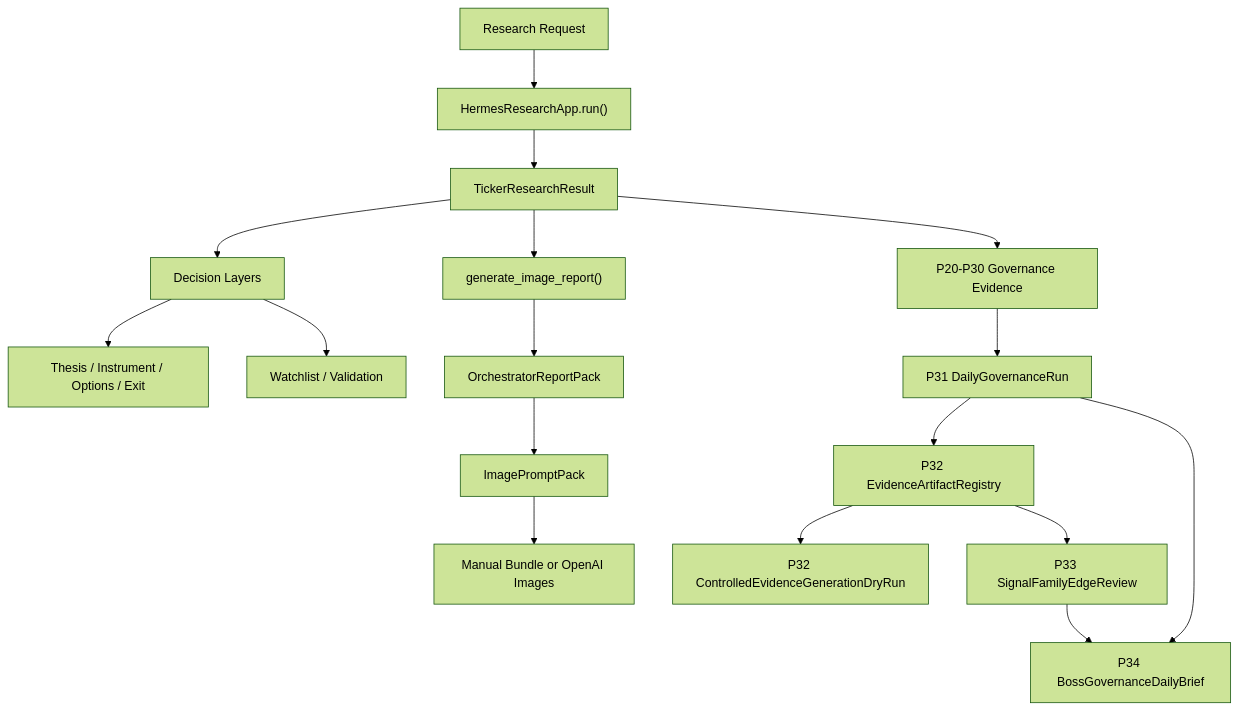
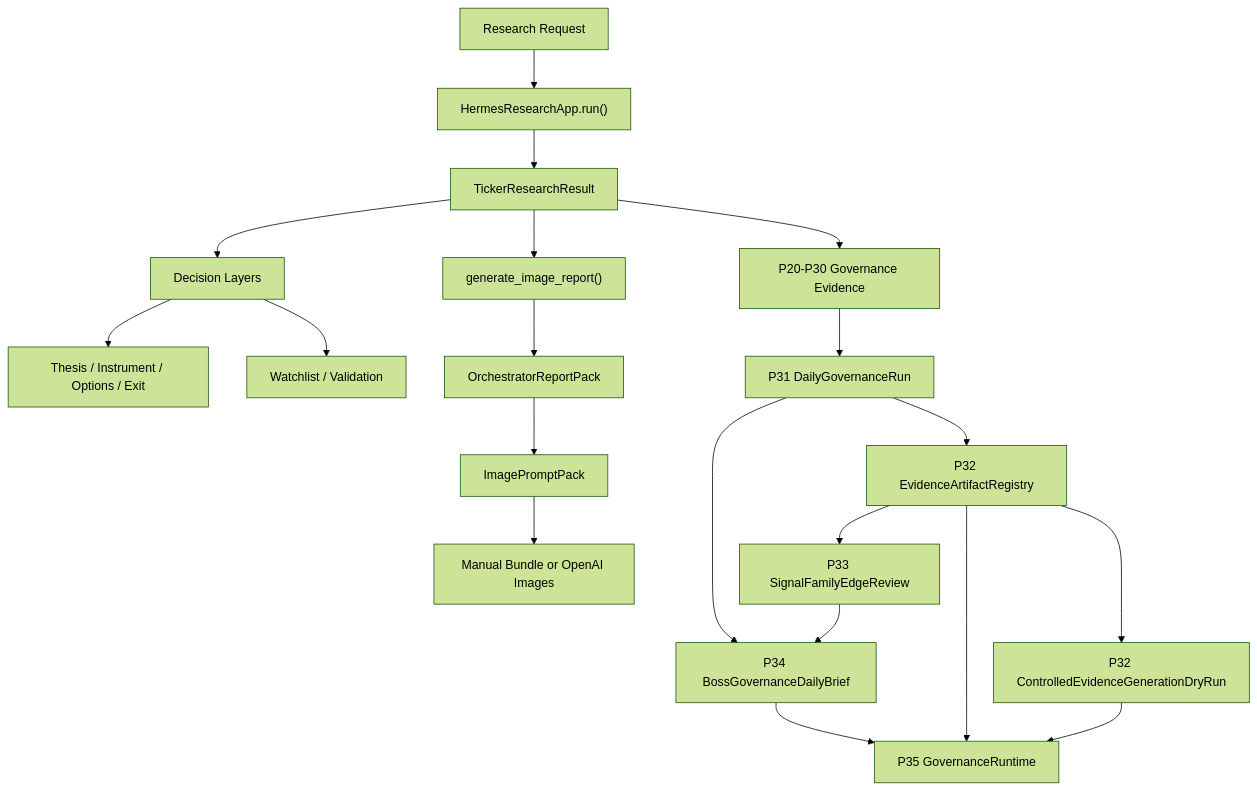
The diagram in README.md (Hugo6Lin/hermes-agent-TradingAgent), drawn with Mermaid (forest theme) before and after one commit. The commit also changed other lines of this file, not shown here.

````diff
--- a/README.md
+++ b/README.md
@@ -102,20 +106,23 @@
 ```mermaid
 flowchart TD
     A["Research Request"] --> B["HermesResearchApp.run()"]
     B --> C["TickerResearchResult"]
     C --> D["Decision Layers"]
     D --> E["Thesis / Instrument / Options / Exit"]
     D --> F["Watchlist / Validation"]
     C --> G["generate_image_report()"]
     G --> H["OrchestratorReportPack"]
     H --> I["ImagePromptPack"]
     I --> J["Manual Bundle or OpenAI Images"]
 
     C --> K["P20-P30 Governance Evidence"]
     K --> L["P31 DailyGovernanceRun"]
     L --> M["P32 EvidenceArtifactRegistry"]
     M --> N["P32 ControlledEvidenceGenerationDryRun"]
     M --> O["P33 SignalFamilyEdgeReview"]
     L --> P["P34 BossGovernanceDailyBrief"]
     O --> P
+    P --> Q["P35 GovernanceRuntime"]
+    M --> Q
+    N --> Q
 ```
````
